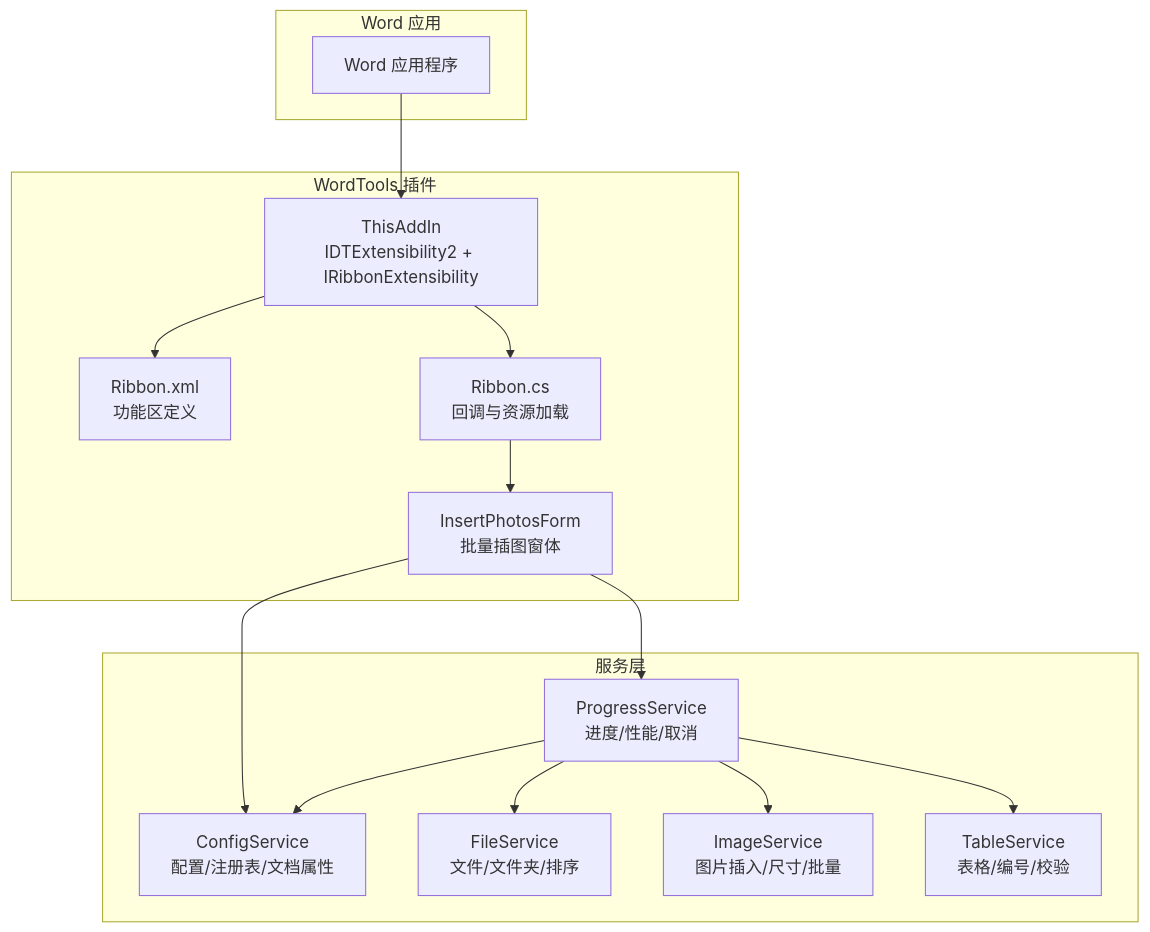
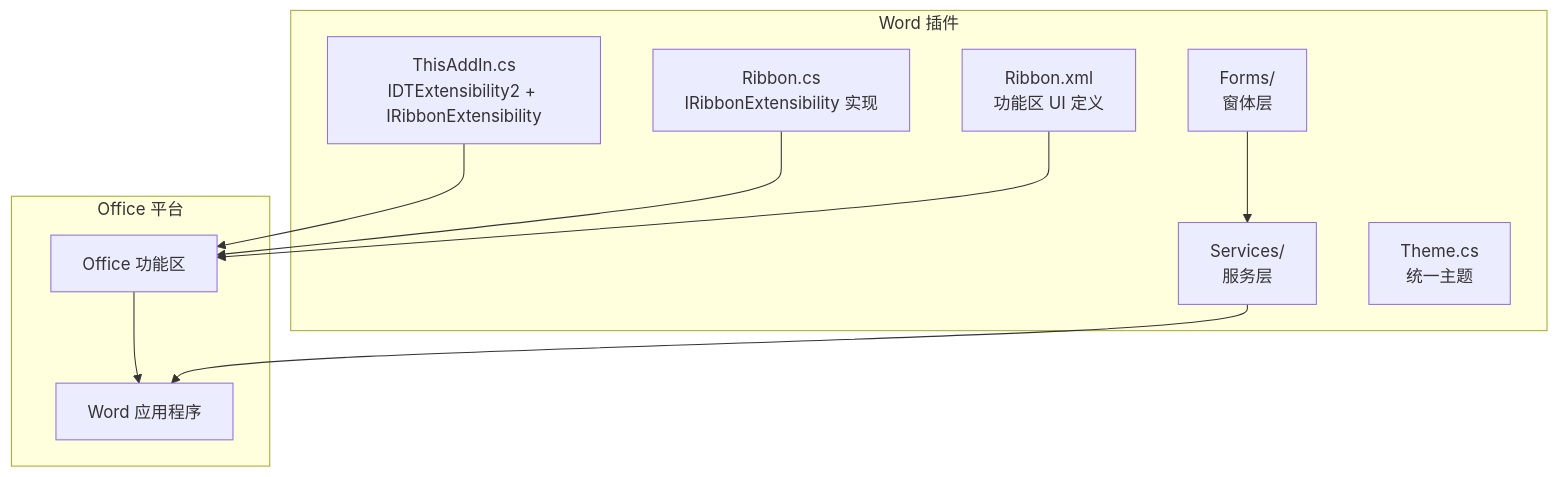
One commit to rainiva/WordTools changed the first of 8 diagrams in .qoder/repowiki/zh/content/架构设计/架构设计.md. Above: the diagram before and after it, drawn with Mermaid. The commit also changed other lines of this file and 63 other files, not shown here.

First line of the commit message:
全面优化：代码质量修复、自动编号重构、插图性能优化

````diff
--- a/.qoder/repowiki/zh/content/架构设计/架构设计.md
+++ b/.qoder/repowiki/zh/content/架构设计/架构设计.md
@@ -50,29 +49,21 @@
 ```mermaid
-graph TD
-subgraph "Word 应用"
-WordApp["Word 应用程序"]
+graph TB
+subgraph "Word 插件"
+A["ThisAddIn.cs<br/>IDTExtensibility2 + IRibbonExtensibility"]
+B["Ribbon.cs<br/>IRibbonExtensibility 实现"]
+C["Ribbon.xml<br/>功能区 UI 定义"]
+D["Forms/<br/>窗体层"]
+E["Services/<br/>服务层"]
+F["Theme.cs<br/>统一主题"]
 end
-subgraph "WordTools 插件"
-ThisAddIn["ThisAddIn<br/>IDTExtensibility2 + IRibbonExtensibility"]
-RibbonXML["Ribbon.xml<br/>功能区定义"]
-RibbonCS["Ribbon.cs<br/>回调与资源加载"]
-Form["InsertPhotosForm<br/>批量插图窗体"]
+subgraph "Office 平台"
+O1["Word 应用程序"]
+O2["Office 功能区"]
 end
-subgraph "服务层"
-ConfigSvc["ConfigService<br/>配置/注册表/文档属性"]
-FileSvc["FileService<br/>文件/文件夹/排序"]
-ImgSvc["ImageService<br/>图片插入/尺寸/批量"]
-TblSvc["TableService<br/>表格/编号/校验"]
-ProgSvc["ProgressService<br/>进度/性能/取消"]
-end
-WordApp --> ThisAddIn
-ThisAddIn --> RibbonXML
-ThisAddIn --> RibbonCS
-RibbonCS --> Form
-Form --> ProgSvc
-ProgSvc --> FileSvc
-ProgSvc --> ImgSvc
-ProgSvc --> TblSvc
-Form --> ConfigSvc
-ProgSvc --> ConfigSvc
+A --> O2
+B --> O2
+C --> O2
+O2 --> O1
+D --> E
+E --> O1
 ```
````
